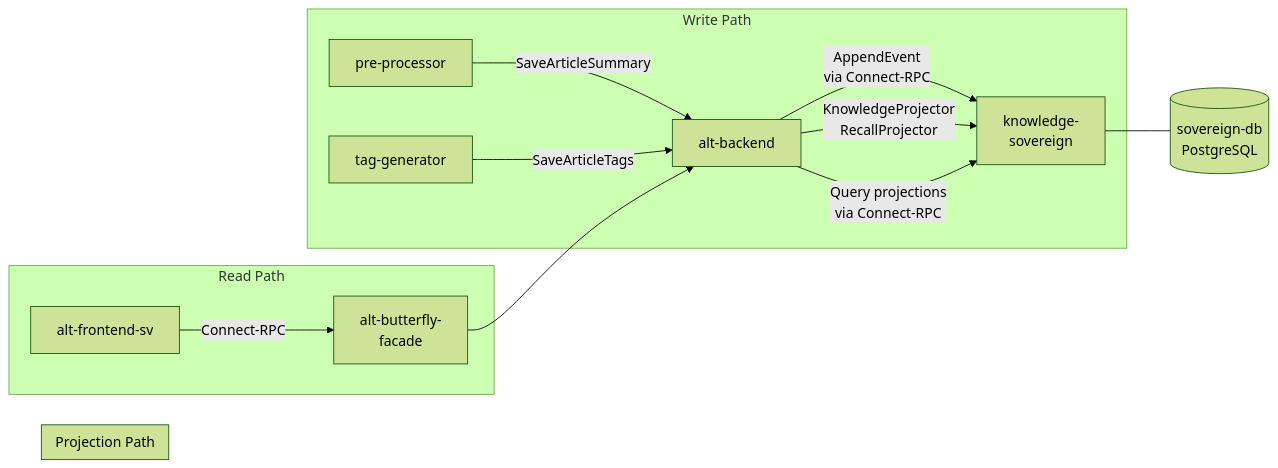
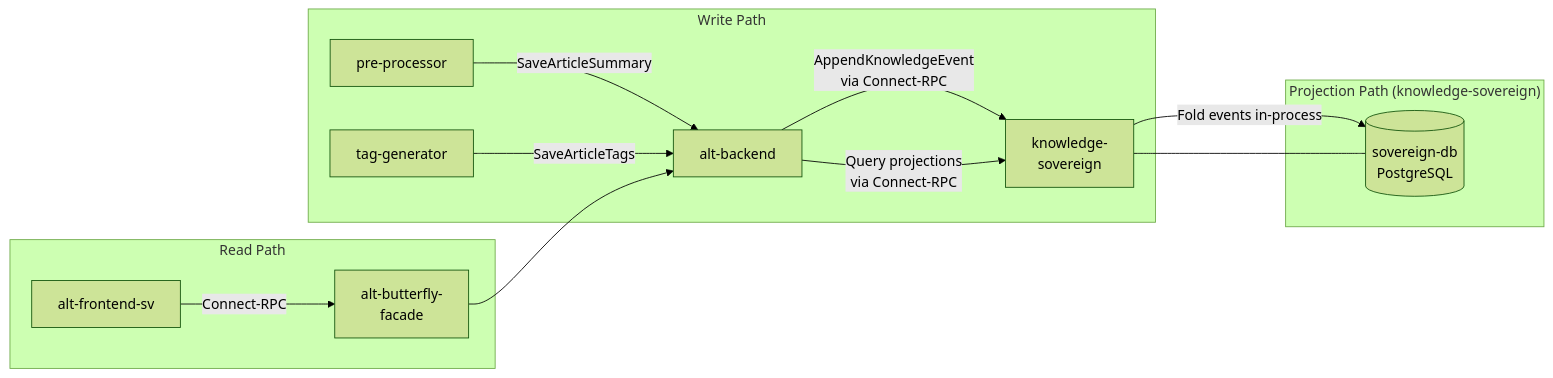
One commit to Kaikei-e/Alt changed the first of 2 diagrams in docs/features/knowledge-home/architecture.md. Above: the diagram before and after it, drawn with Mermaid (forest theme). The commit also changed other lines of this file and 205 other files, not shown here.

````diff
--- a/docs/features/knowledge-home/architecture.md
+++ b/docs/features/knowledge-home/architecture.md
@@ -45,20 +45,20 @@
 ```mermaid
 graph LR
   subgraph "Write Path"
     PP["pre-processor"] -->|SaveArticleSummary| AB["alt-backend"]
     TG["tag-generator"] -->|SaveArticleTags| AB
-    AB -->|AppendEvent<br/>via Connect-RPC| KS["knowledge-<br/>sovereign"]
+    AB -->|AppendKnowledgeEvent<br/>via Connect-RPC| KS["knowledge-<br/>sovereign"]
   end
 
-  subgraph "Projection Path"
-    AB -- "KnowledgeProjector<br/>RecallProjector" --> KS
+  subgraph "Projection Path (knowledge-sovereign)"
+    KS -->|Fold events in-process| DB[("sovereign-db<br/>PostgreSQL")]
   end
 
   subgraph "Read Path"
     FE["alt-frontend-sv"] -->|Connect-RPC| BFF["alt-butterfly-<br/>facade"]
     BFF --> AB
     AB -->|Query projections<br/>via Connect-RPC| KS
   end
 
-  KS --- DB[("sovereign-db<br/>PostgreSQL")]
+  KS --- DB
 ```
````
